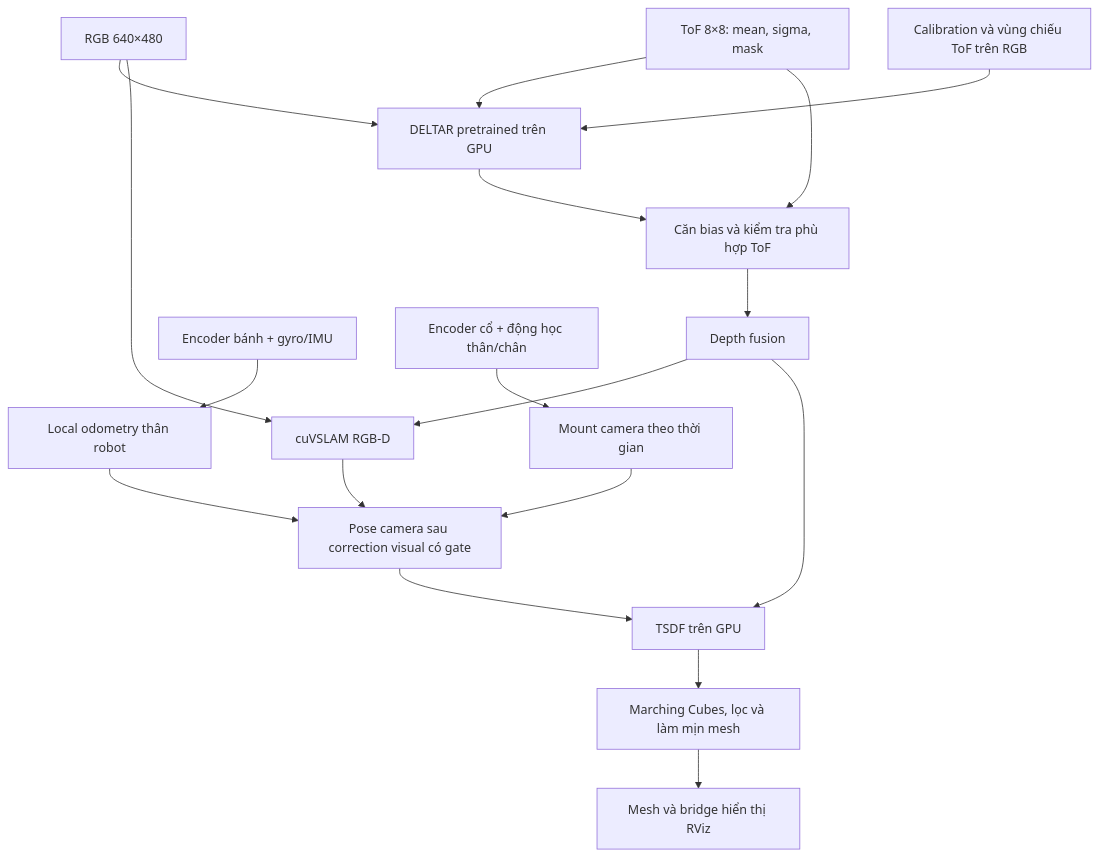
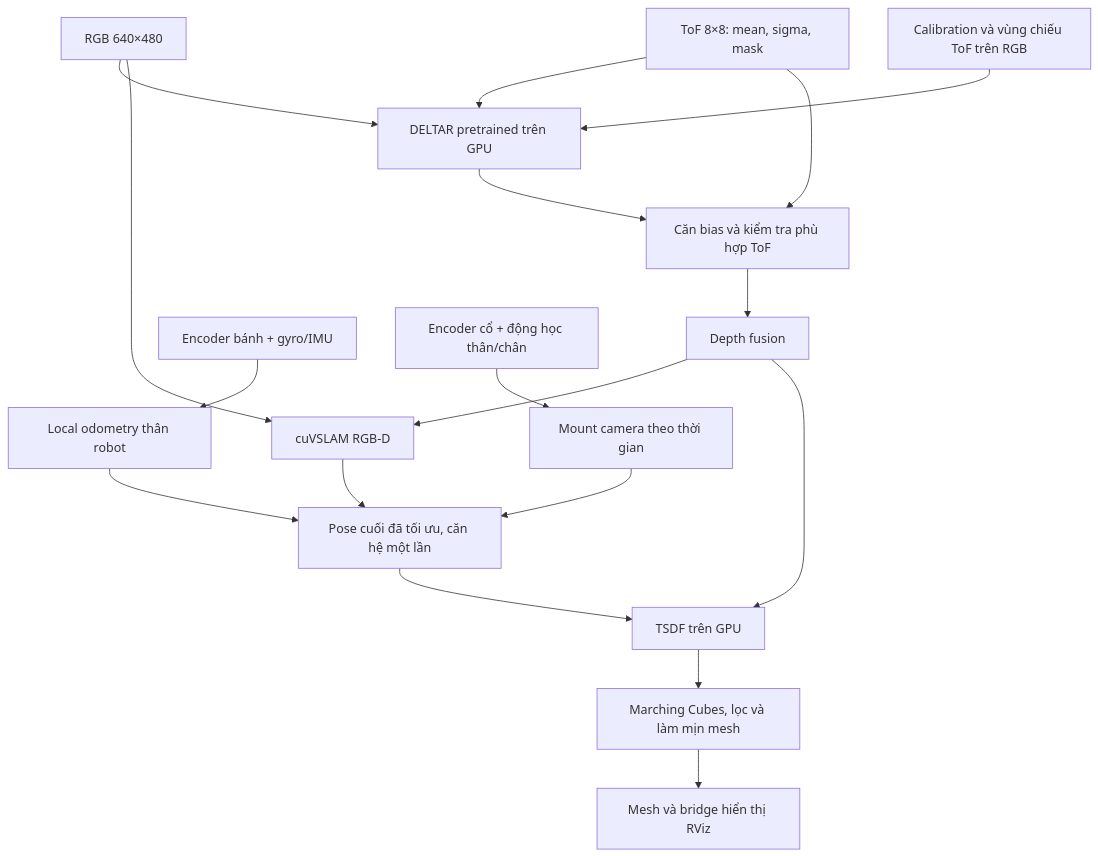
Before and after one commit to DangTinhPat/temSlam: the diagram in technology/scan3d_fusion/README.md, drawn with Mermaid. The commit also changed other lines of this file and 202 other files, not shown here.

````diff
--- a/technology/scan3d_fusion/README.md
+++ b/technology/scan3d_fusion/README.md
@@ -69,22 +83,22 @@
 ```mermaid
 flowchart TD
     A[RGB 640×480] --> D[DELTAR pretrained trên GPU]
     B[ToF 8×8: mean, sigma, mask] --> D
     C[Calibration và vùng chiếu ToF trên RGB] --> D
     D --> E[Căn bias và kiểm tra phù hợp ToF]
     B --> E
     E --> F[Depth fusion]
 
     A --> G[cuVSLAM RGB-D]
     F --> G
     H[Encoder bánh + gyro/IMU] --> I[Local odometry thân robot]
     J[Encoder cổ + động học thân/chân] --> K[Mount camera theo thời gian]
-    G --> L[Pose camera sau correction visual có gate]
+    G --> L[Pose cuối đã tối ưu, căn hệ một lần]
     I --> L
     K --> L
 
     F --> M[TSDF trên GPU]
     L --> M
     M --> N[Marching Cubes, lọc và làm mịn mesh]
     N --> O[Mesh và bridge hiển thị RViz]
 ```
````
